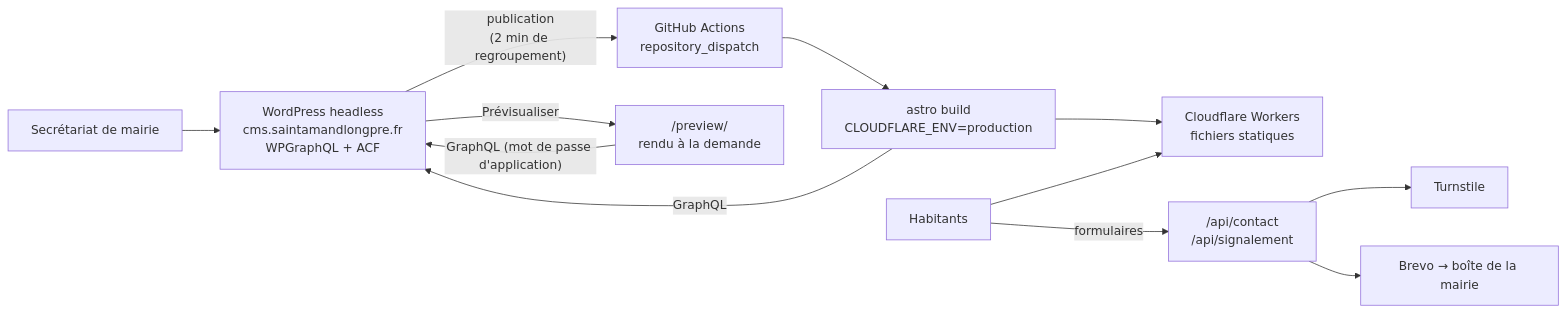
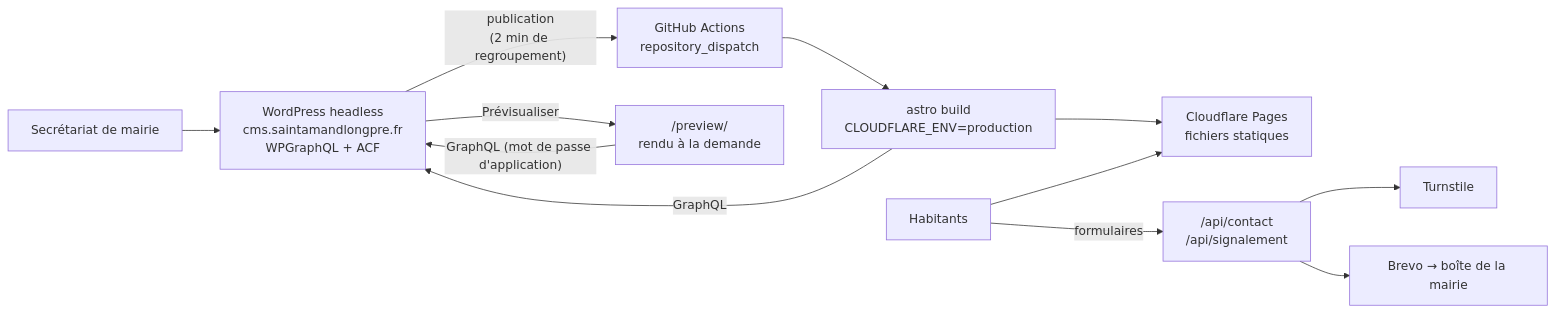
One commit to josephpage/saint-amand-longpre changed the diagram in docs/architecture.md. Above: the diagram before and after it, drawn with Mermaid. The commit also changed other lines of this file and 18 other files, not shown here.

First line of the commit message:
Publication sur Cloudflare Pages, domaine conservé chez Gandi

````diff
--- a/docs/architecture.md
+++ b/docs/architecture.md
@@ -3,14 +3,14 @@
 ```mermaid
 flowchart LR
   ED["Secrétariat de mairie"] --> WP["WordPress headless<br/>cms.saintamandlongpre.fr<br/>WPGraphQL + ACF"]
   WP -- "publication<br/>(2 min de regroupement)" --> GH["GitHub Actions<br/>repository_dispatch"]
   GH --> BUILD["astro build<br/>CLOUDFLARE_ENV=production"]
   BUILD -- "GraphQL" --> WP
-  BUILD --> CF["Cloudflare Workers<br/>fichiers statiques"]
+  BUILD --> CF["Cloudflare Pages<br/>fichiers statiques"]
   WP -- "Prévisualiser" --> PREV["/preview/<br/>rendu à la demande"]
   PREV -- "GraphQL (mot de passe d'application)" --> WP
   VIS["Habitants"] --> CF
   VIS -- "formulaires" --> API["/api/contact<br/>/api/signalement"]
   API --> TS["Turnstile"]
   API --> BREVO["Brevo → boîte de la mairie"]
 ```
````
